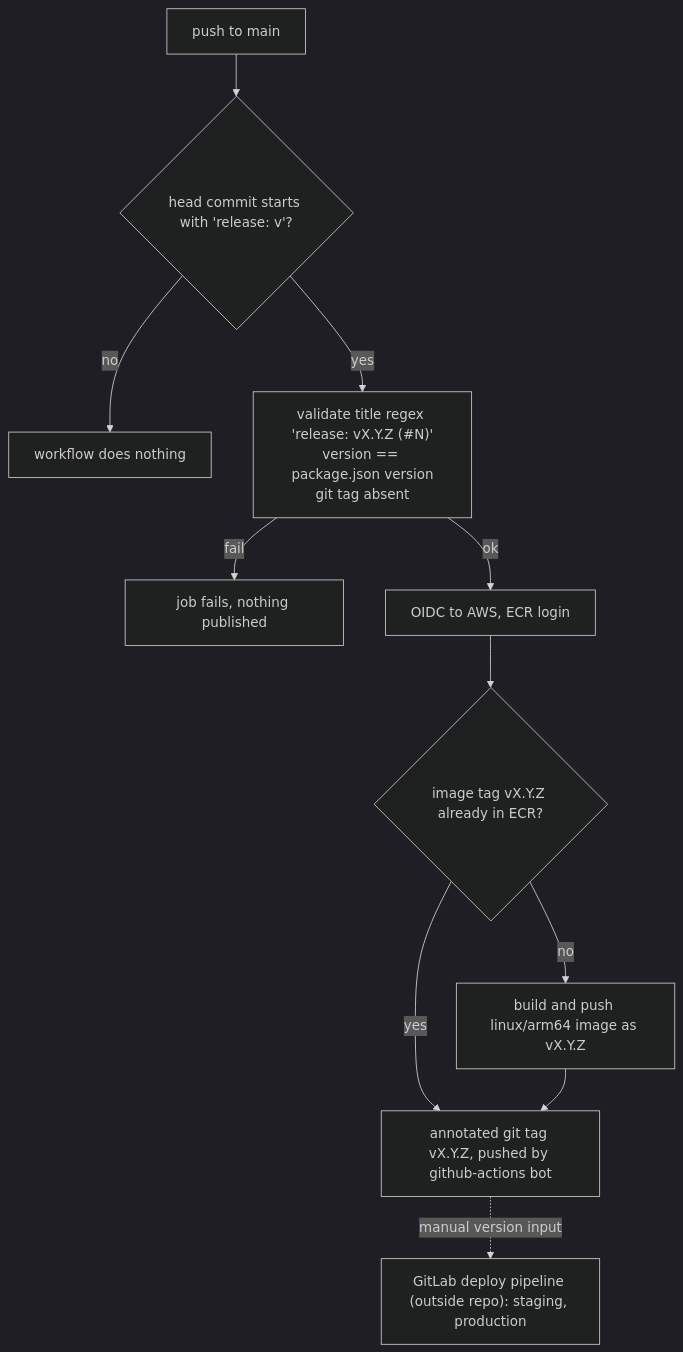
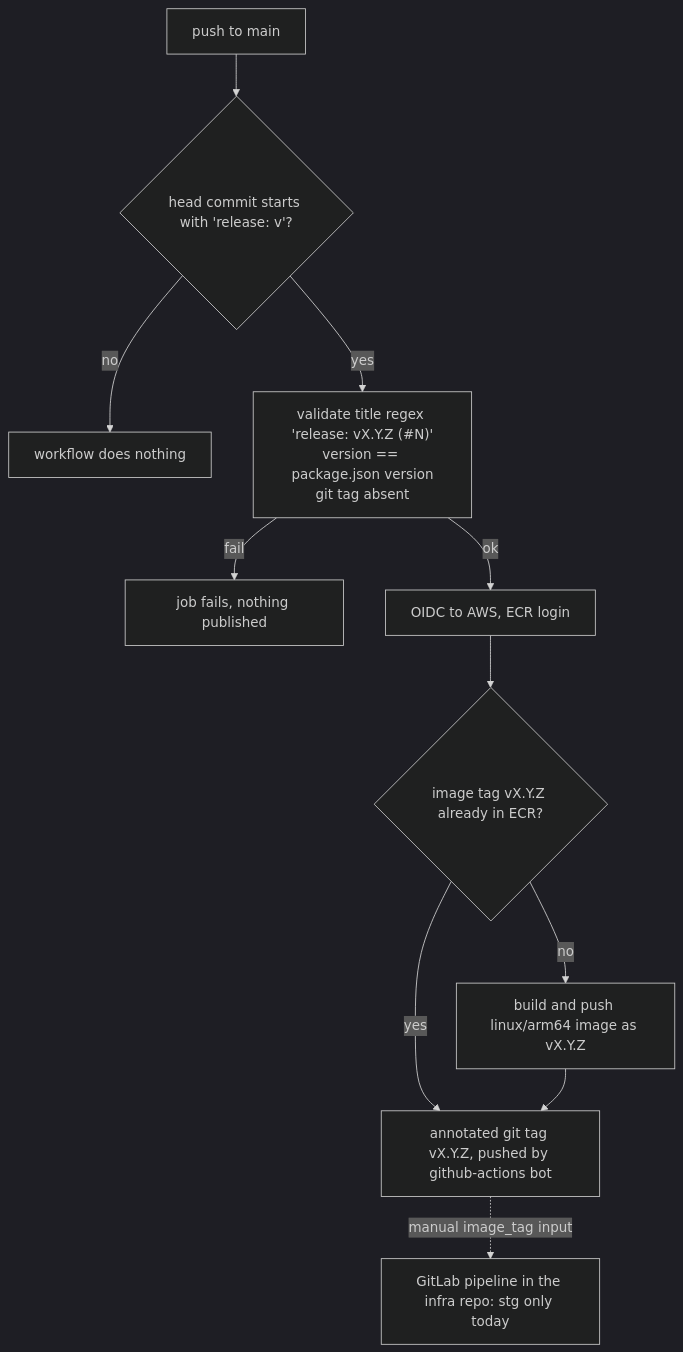
One commit to fatin-suhaimi/teacher-workspace changed the third of 4 diagrams in docs/engineering-onboarding/08-infrastructure-and-operations.md. Above: the diagram before and after it, drawn with Mermaid (dark theme). The commit also changed other lines of this file and 8 other files, not shown here.

````diff
--- a/docs/engineering-onboarding/08-infrastructure-and-operations.md
+++ b/docs/engineering-onboarding/08-infrastructure-and-operations.md
@@ -77,13 +79,13 @@
 ```mermaid
 flowchart TD
     M["push to main"] --> T{"head commit starts with 'release: v'?"}
     T -- no --> X["workflow does nothing"]
     T -- yes --> V["validate title regex 'release: vX.Y.Z (#N)'<br/>version == package.json version<br/>git tag absent"]
     V -- fail --> E["job fails, nothing published"]
     V -- ok --> A["OIDC to AWS, ECR login"]
     A --> C{"image tag vX.Y.Z already in ECR?"}
     C -- yes --> TAG
     C -- no --> B["build and push linux/arm64 image as vX.Y.Z"]
     B --> TAG["annotated git tag vX.Y.Z, pushed by github-actions bot"]
-    TAG -. "manual version input" .-> GL["GitLab deploy pipeline (outside repo): staging, production"]
+    TAG -. "manual image_tag input" .-> GL["GitLab pipeline in the infra repo: stg only today"]
 ```
````
